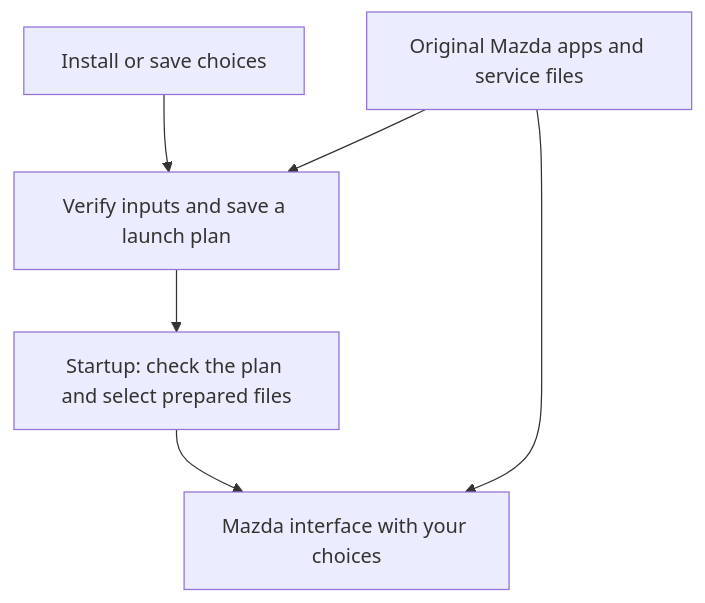
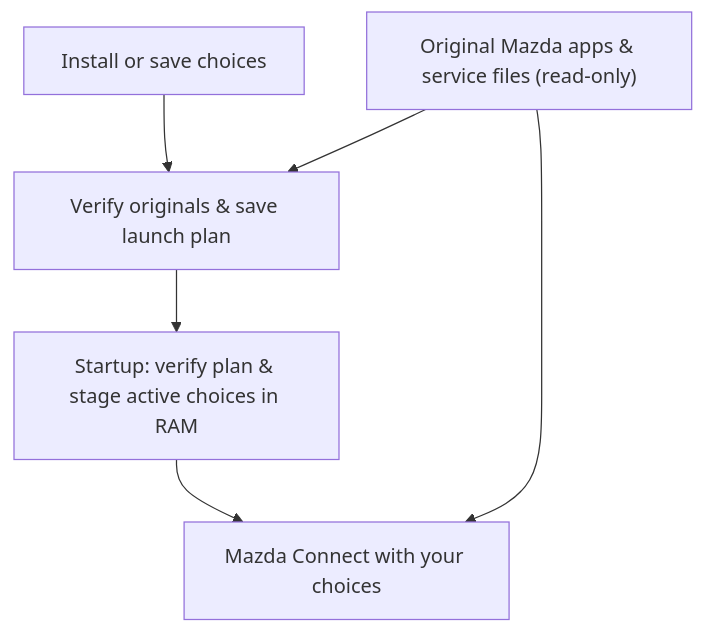
The first of 3 diagrams in docs/how-it-works.md (aeharding/open-connect), drawn with Mermaid before and after one commit. The commit also changed other lines of this file and 18 other files, not shown here.

````diff
--- a/docs/how-it-works.md
+++ b/docs/how-it-works.md
@@ -8,8 +7,8 @@
 ```mermaid
 flowchart TD
-    choices["Install or save choices"] --> saved["Verify inputs and save a launch plan"]
-    originals["Original Mazda apps and service files"] --> saved
-    saved --> ram["Startup: check the plan and select prepared files"]
-    ram --> screen["Mazda interface with your choices"]
+    choices["Install or save choices"] --> saved["Verify originals & save launch plan"]
+    originals["Original Mazda apps & service files (read-only)"] --> saved
+    saved --> ram["Startup: verify plan & stage active choices in RAM"]
+    ram --> screen["Mazda Connect with your choices"]
     originals --> screen
 ```
````
